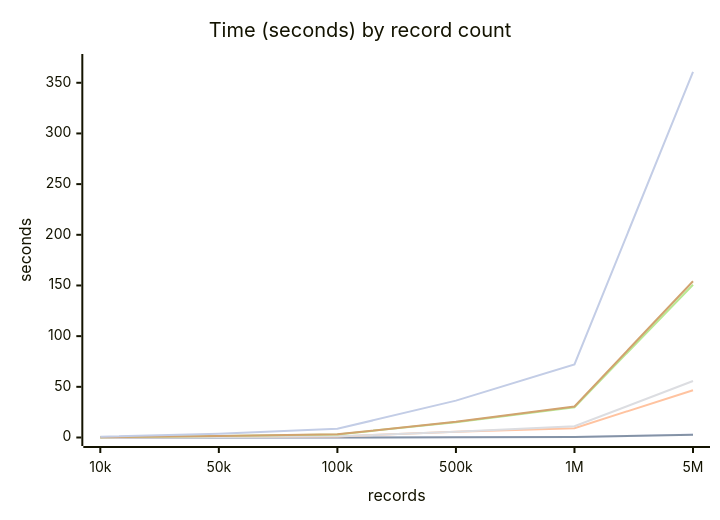
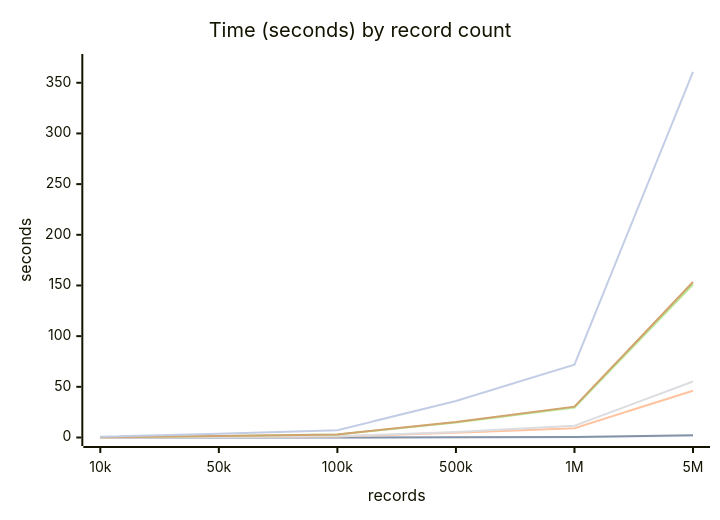
The second of 2 diagrams in BENCHMARKS.md (michaelalexeevweb/php-json-chunk), drawn with Mermaid before and after one commit. The commit also changed other lines of this file and 7 other files, not shown here.

Commit message:
docs: version 2.5.1 - benchmarks re-measured with 2.5.0 - json_decode claim corrected - benchmark-blocks script - worker connections measured on MySQL

````diff
--- a/BENCHMARKS.md
+++ b/BENCHMARKS.md
@@ -68,13 +67,13 @@
 ```mermaid
 xychart-beta
     title "Time (seconds) by record count"
     x-axis "records" [10k, 50k, 100k, 500k, 1M, 5M]
     y-axis "seconds" 0 --> 370
-    line "json_decode()" [0.004, 0.02, 0.04, 0.21, 0.45, 2.95]
-    line "PhpJsonChunk" [0.01, 0.03, 0.05, 0.27, 0.54, 2.66]
-    line "JsonMachine" [0.10, 0.48, 0.95, 5.77, 9.24, 46.56]
-    line "crocodile2u" [0.12, 0.60, 1.16, 5.67, 11.14, 55.72]
-    line "Salsify" [0.31, 1.60, 3.02, 15.11, 29.91, 150.68]
-    line "JsonCollectionParser" [0.32, 1.57, 3.11, 15.47, 30.61, 154.11]
-    line "JsonDecodeStream" [0.74, 3.73, 8.58, 36.37, 72.13, 360.79]
+    line "json_decode()" [0.003, 0.02, 0.03, 0.15, 0.30, 1.52]
+    line "PhpJsonChunk" [0.005, 0.02, 0.05, 0.24, 0.45, 2.28]
+    line "JsonMachine" [0.09, 0.46, 0.96, 4.66, 9.24, 46.13]
+    line "crocodile2u" [0.11, 0.56, 1.17, 5.48, 11.64, 55.21]
+    line "Salsify" [0.30, 1.54, 2.98, 14.73, 29.63, 150.97]
+    line "JsonCollectionParser" [0.30, 1.52, 3.06, 15.32, 30.46, 153.43]
+    line "JsonDecodeStream" [0.72, 3.63, 7.26, 35.95, 71.94, 360.74]
 ```
````
